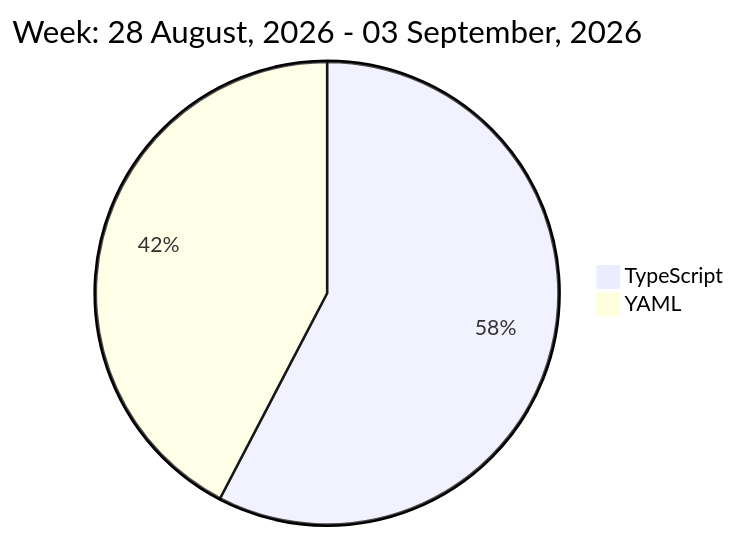
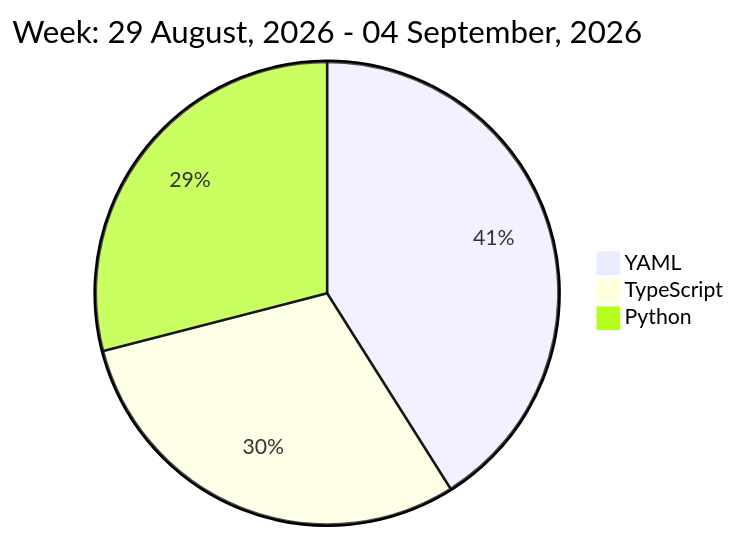
One commit to liubin95/liubin95 changed the diagram in README.md. Above: the diagram before and after it, drawn with Mermaid.

Commit message:
Updated the Graph with new Metrics

````diff
--- a/README.md
+++ b/README.md
@@ -32,6 +32,7 @@
 ```mermaid
  pie
-title Week: 28 August, 2026 - 03 September, 2026
- "TypeScript" : 2.9
- "YAML" : 2.13
+title Week: 29 August, 2026 - 04 September, 2026
+ "YAML" : 2.22
+ "TypeScript" : 1.62
+ "Python" : 1.57
 ```
````
